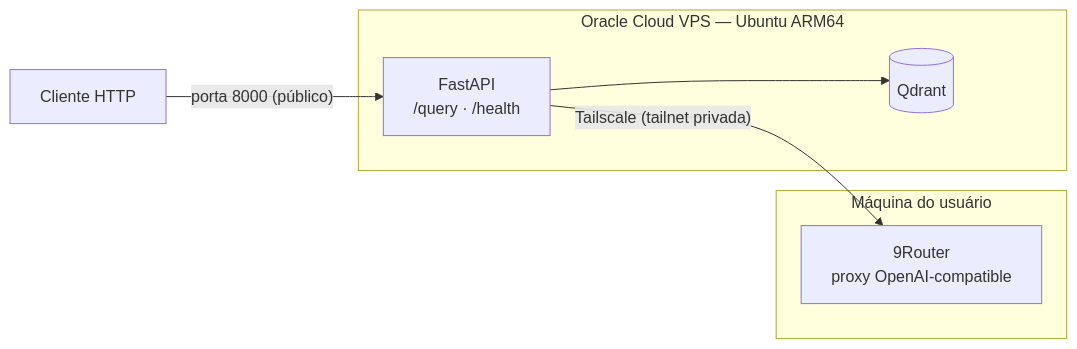
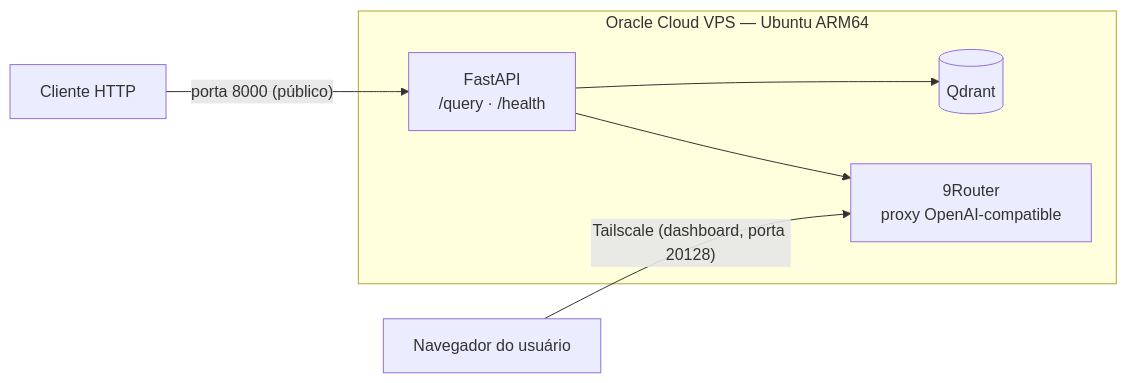
The second of 2 diagrams in README.md (goptun/rag-knowledge-assistant), drawn with Mermaid before and after one commit. The commit also changed other lines of this file, not shown here.

Commit message:
README: documenta 9Router rodando na VPS (elimina dependência do notebook)

````diff
--- a/README.md
+++ b/README.md
@@ -55,11 +55,9 @@
 ```mermaid
 flowchart LR
     subgraph VPS["Oracle Cloud VPS — Ubuntu ARM64"]
         API["FastAPI<br/>/query · /health"] --> QD[("Qdrant")]
-    end
-    subgraph Mac["Máquina do usuário"]
-        Router["9Router<br/>proxy OpenAI-compatible"]
+        API --> Router["9Router<br/>proxy OpenAI-compatible"]
     end
     Cliente["Cliente HTTP"] -- "porta 8000 (público)" --> API
-    API -- "Tailscale (tailnet privada)" --> Router
+    Admin["Navegador do usuário"] -- "Tailscale (dashboard, porta 20128)" --> Router
 ```
````
